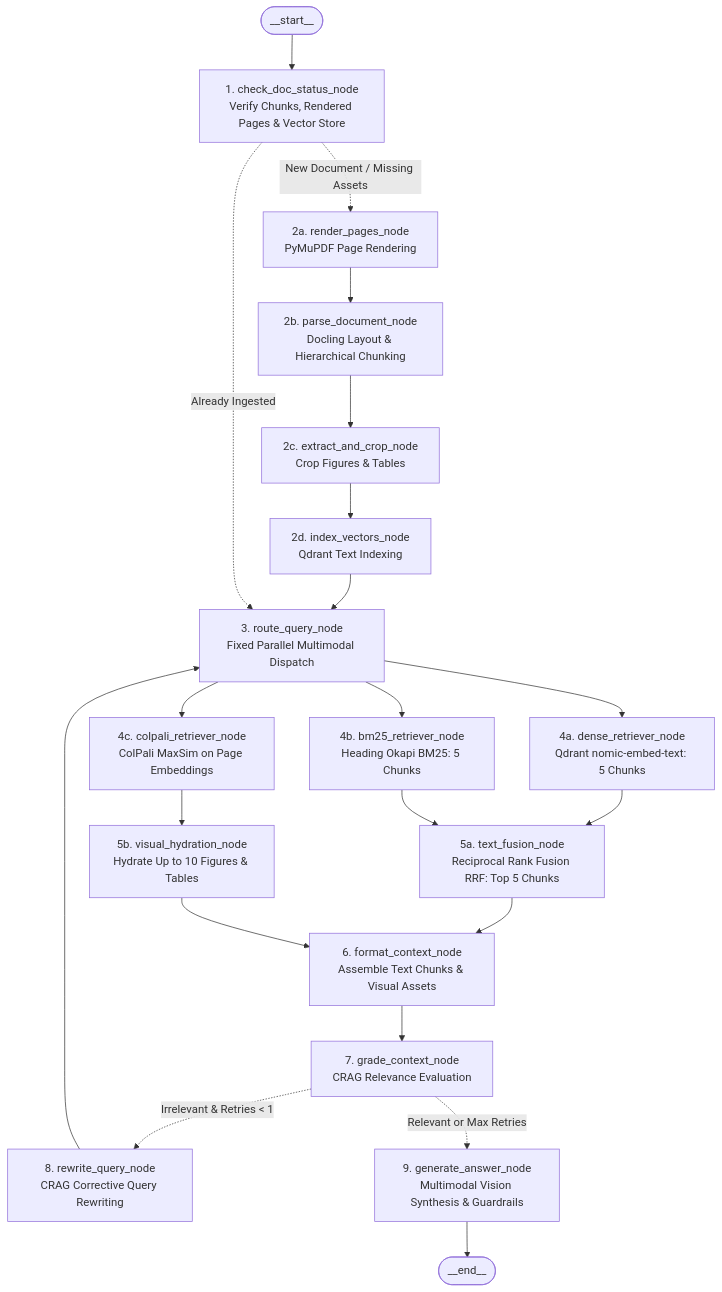
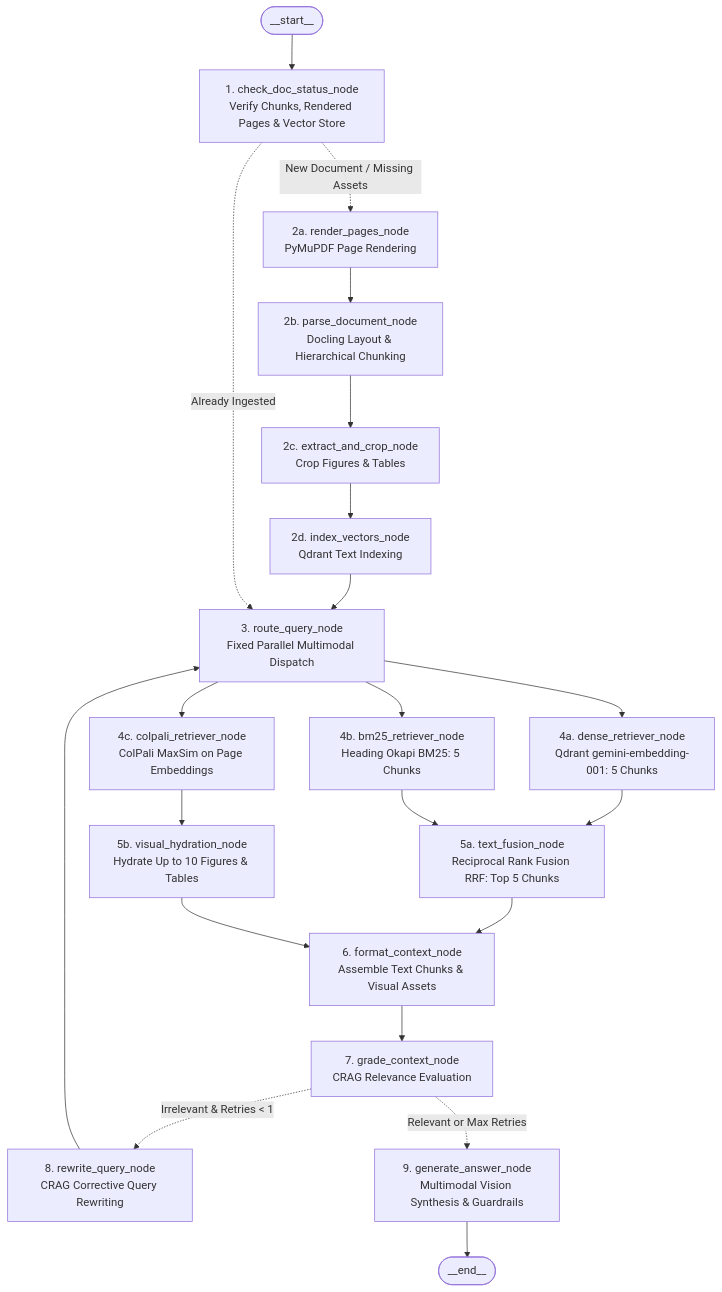
One commit to Rayyanxalii/Multi-Modal-RAG changed the diagram in README.md. Above: the diagram before and after it, drawn with Mermaid. The commit also changed other lines of this file, not shown here.

Commit message:
docs: add Render free-tier live deployment link, PDF size disclaimer, BYOK & Gemini embedding updates to README

````diff
--- a/README.md
+++ b/README.md
@@ -13,37 +26,37 @@
 ```mermaid
 graph TD;
     __start__([__start__]) --> check_doc_status[1. check_doc_status_node<br/>Verify Chunks, Rendered Pages & Vector Store]
 
     %% Ingestion Branch
     check_doc_status -.->|"New Document / Missing Assets"| render_pages[2a. render_pages_node<br/>PyMuPDF Page Rendering]
     render_pages --> parse_document[2b. parse_document_node<br/>Docling Layout & Hierarchical Chunking]
     parse_document --> extract_and_crop[2c. extract_and_crop_node<br/>Crop Figures & Tables]
     extract_and_crop --> index_vectors[2d. index_vectors_node<br/>Qdrant Text Indexing]
     index_vectors --> route_query
 
     %% Fast Path for Ingested Document
     check_doc_status -.->|"Already Ingested"| route_query[3. route_query_node<br/>Fixed Parallel Multimodal Dispatch]
 
     %% Parallel Multi-Modal Retrieval Branches
-    route_query --> dense_retriever[4a. dense_retriever_node<br/>Qdrant nomic-embed-text: 5 Chunks]
+    route_query --> dense_retriever[4a. dense_retriever_node<br/>Qdrant gemini-embedding-001: 5 Chunks]
     route_query --> bm25_retriever[4b. bm25_retriever_node<br/>Heading Okapi BM25: 5 Chunks]
     route_query --> colpali_retriever[4c. colpali_retriever_node<br/>ColPali MaxSim on Page Embeddings]
 
     %% Fusion & Asset Hydration
     dense_retriever --> text_fusion[5a. text_fusion_node<br/>Reciprocal Rank Fusion RRF: Top 5 Chunks]
     bm25_retriever --> text_fusion
     colpali_retriever --> visual_hydration[5b. visual_hydration_node<br/>Hydrate Up to 10 Figures & Tables]
 
     %% Context Assembly
     text_fusion --> format_context[6. format_context_node<br/>Assemble Text Chunks & Visual Assets]
     visual_hydration --> format_context
 
     %% CRAG Corrective Loop
     format_context --> grade_context[7. grade_context_node<br/>CRAG Relevance Evaluation]
     grade_context -.->|"Irrelevant & Retries < 1"| rewrite_query[8. rewrite_query_node<br/>CRAG Corrective Query Rewriting]
     rewrite_query --> route_query
 
     %% Grounded Answer Synthesis
     grade_context -.->|"Relevant or Max Retries"| generate_answer[9. generate_answer_node<br/>Multimodal Vision Synthesis & Guardrails]
     generate_answer --> __end__([__end__])
 ```
````
